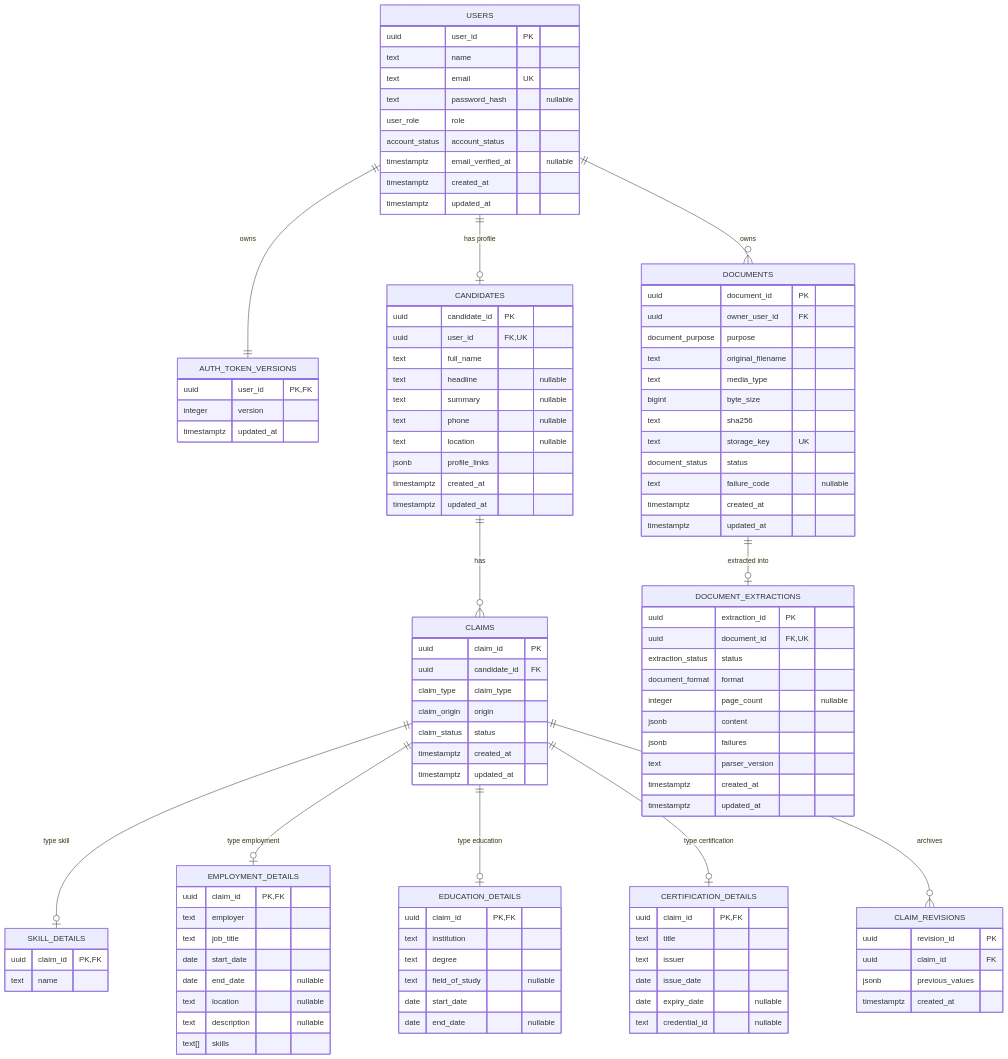
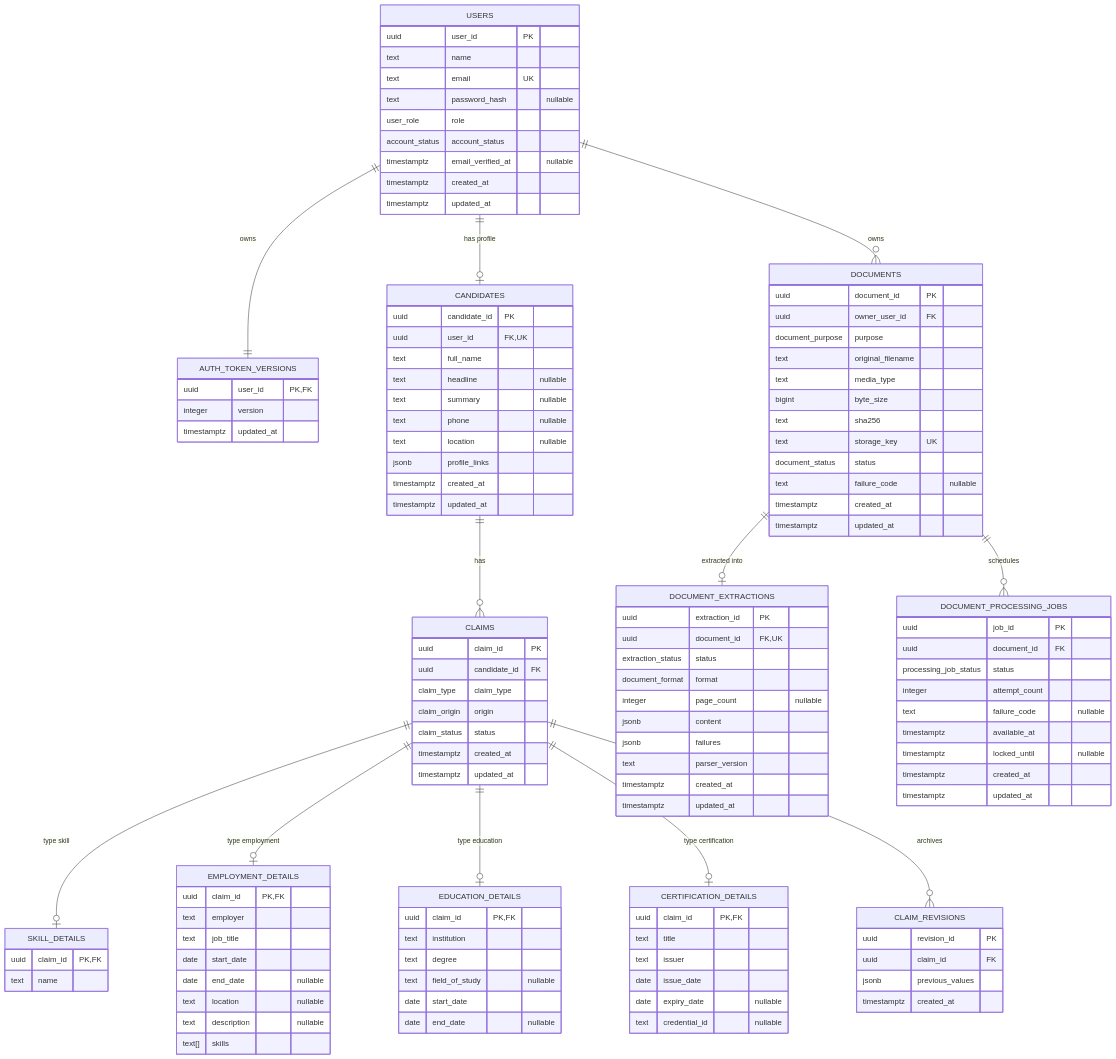
One commit to cv-parser-team/Backend changed the first of 2 diagrams in docs/database/data-model.md. Above: the diagram before and after it, drawn with Mermaid. The commit also changed other lines of this file and 8 other files, not shown here.

```diff
--- a/docs/database/data-model.md
+++ b/docs/database/data-model.md
@@ -114,11 +114,23 @@
         timestamptz created_at
         timestamptz updated_at
     }
+    DOCUMENT_PROCESSING_JOBS {
+        uuid job_id PK
+        uuid document_id FK
+        processing_job_status status
+        integer attempt_count
+        text failure_code "nullable"
+        timestamptz available_at
+        timestamptz locked_until "nullable"
+        timestamptz created_at
+        timestamptz updated_at
+    }
 
     USERS ||--|| AUTH_TOKEN_VERSIONS : owns
     USERS ||--o| CANDIDATES : "has profile"
     USERS ||--o{ DOCUMENTS : owns
     DOCUMENTS ||--o| DOCUMENT_EXTRACTIONS : "extracted into"
+    DOCUMENTS ||--o{ DOCUMENT_PROCESSING_JOBS : schedules
     CANDIDATES ||--o{ CLAIMS : has
     CLAIMS ||--o| SKILL_DETAILS : "type skill"
     CLAIMS ||--o| EMPLOYMENT_DETAILS : "type employment"
```
